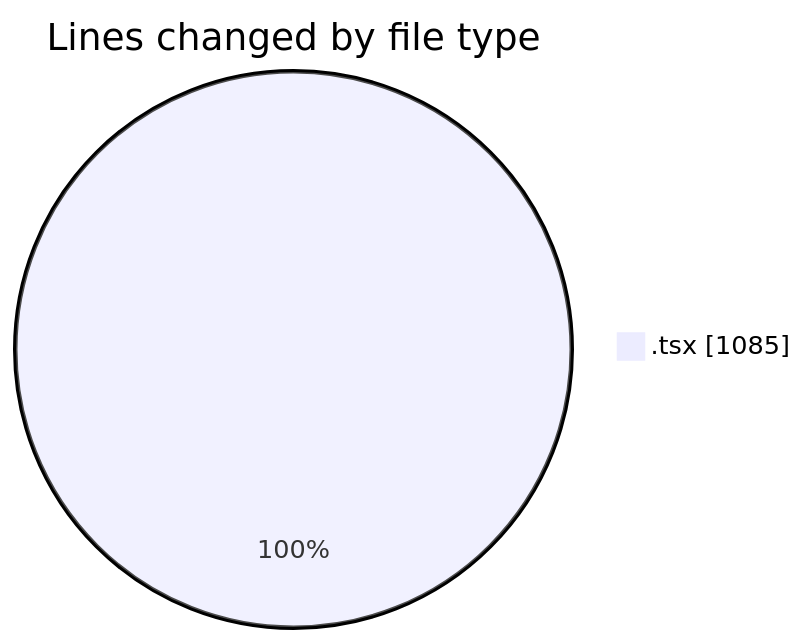
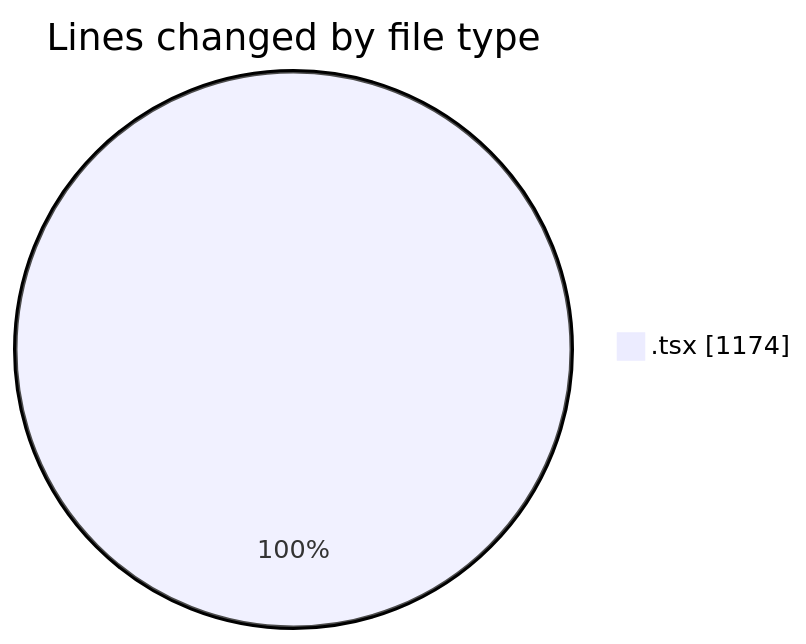
Before and after one commit to JenPaints/code-tracking: the first of 2 diagrams in 2025-05-28/kimberly-groups/README.md, drawn with Mermaid. The commit also changed other lines of this file and 1 other file, not shown here.

````diff
--- a/2025-05-28/kimberly-groups/README.md
+++ b/2025-05-28/kimberly-groups/README.md
@@ -27,5 +27,5 @@
 ```mermaid
 pie showData
 title Lines changed by file type
-".tsx" : 1085
+".tsx" : 1174
 ```
````
